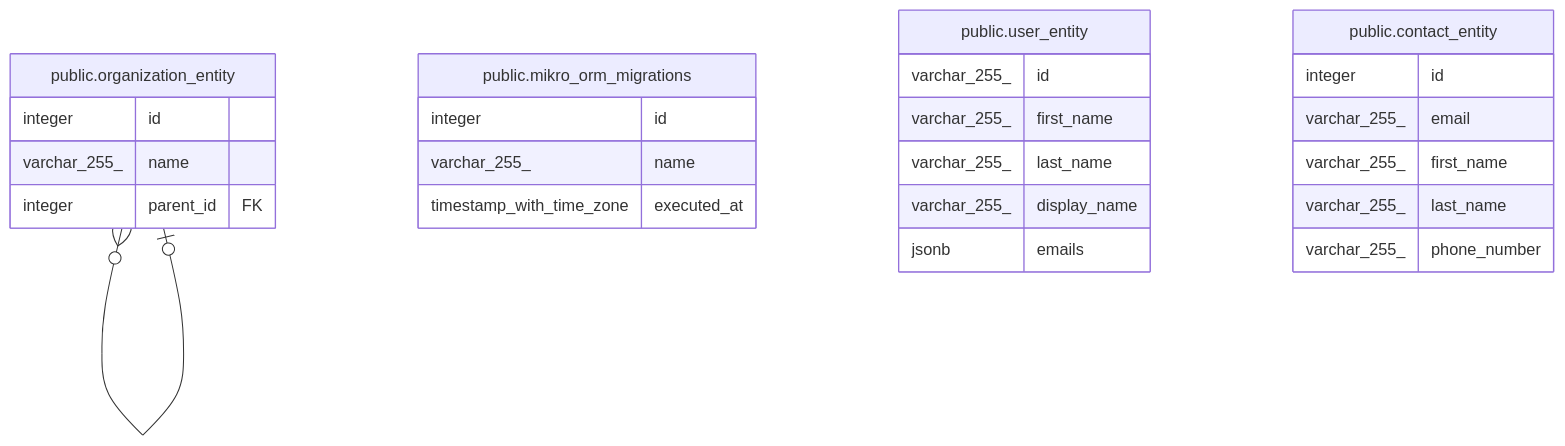
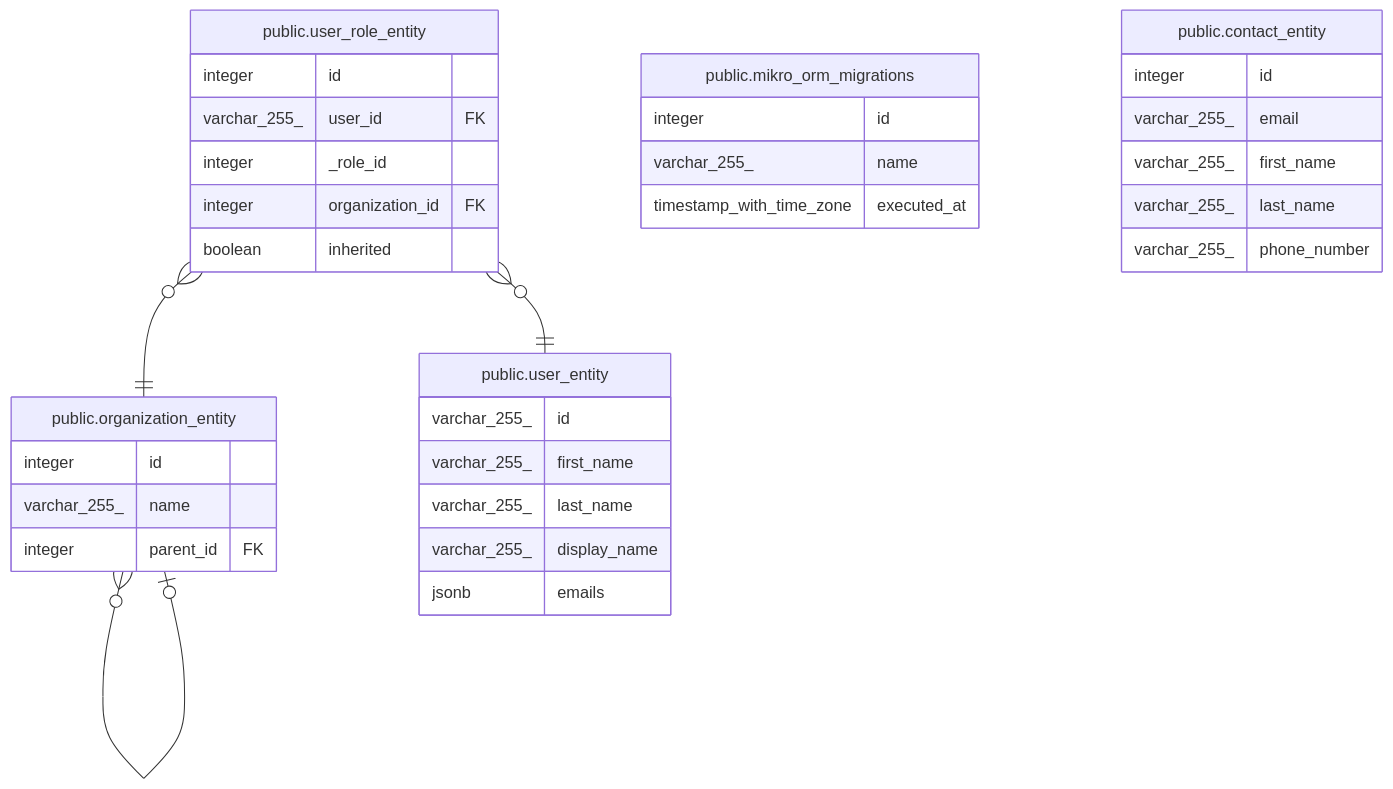
One commit to gpo/grassroots changed the diagram in doc/schema/README.md. Above: the diagram before and after it, drawn with Mermaid. The commit also changed other lines of this file and 4 other files, not shown here.

````diff
--- a/doc/schema/README.md
+++ b/doc/schema/README.md
@@ -14,30 +15,39 @@
 ```mermaid
 erDiagram
 
 "public.organization_entity" }o--o| "public.organization_entity" : ""
+"public.user_role_entity" }o--|| "public.user_entity" : ""
+"public.user_role_entity" }o--|| "public.organization_entity" : ""
 
 "public.mikro_orm_migrations" {
   integer id
   varchar_255_ name
   timestamp_with_time_zone executed_at
 }
 "public.user_entity" {
   varchar_255_ id
   varchar_255_ first_name
   varchar_255_ last_name
   varchar_255_ display_name
   jsonb emails
 }
 "public.organization_entity" {
   integer id
   varchar_255_ name
   integer parent_id FK
 }
 "public.contact_entity" {
   integer id
   varchar_255_ email
   varchar_255_ first_name
   varchar_255_ last_name
   varchar_255_ phone_number
 }
+"public.user_role_entity" {
+  integer id
+  varchar_255_ user_id FK
+  integer _role_id
+  integer organization_id FK
+  boolean inherited
+}
 ```
````
